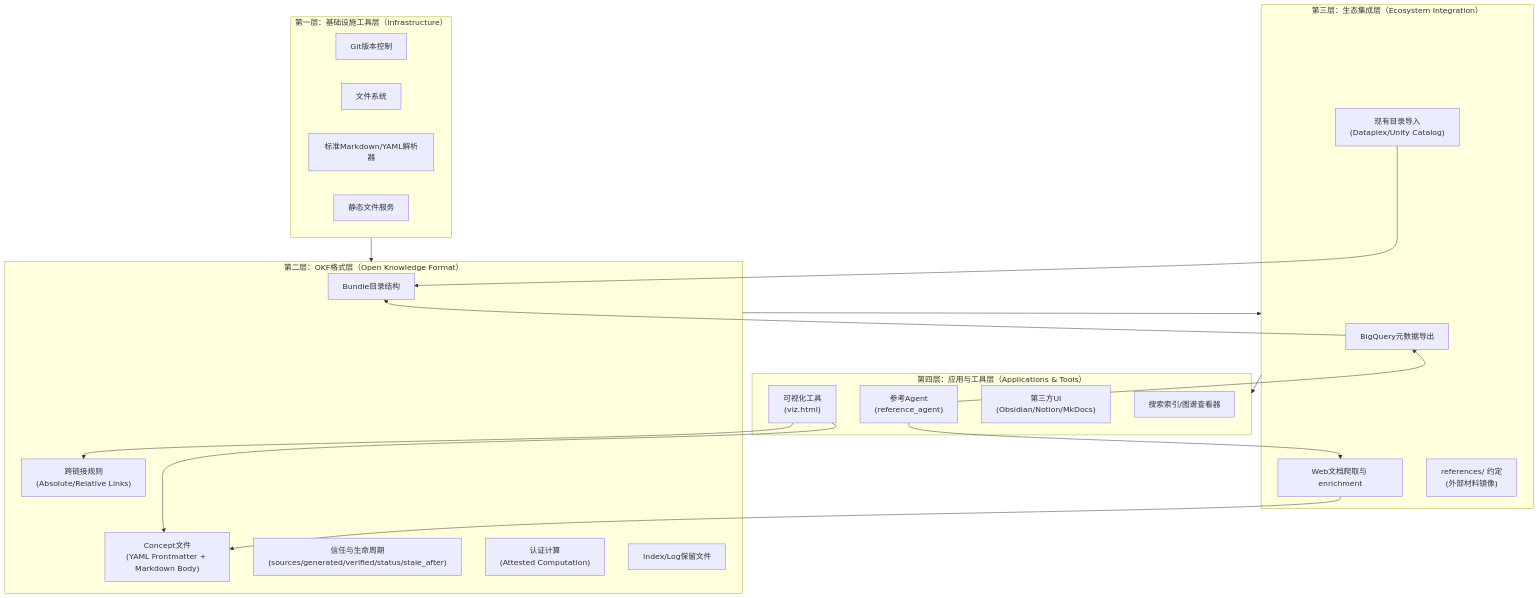
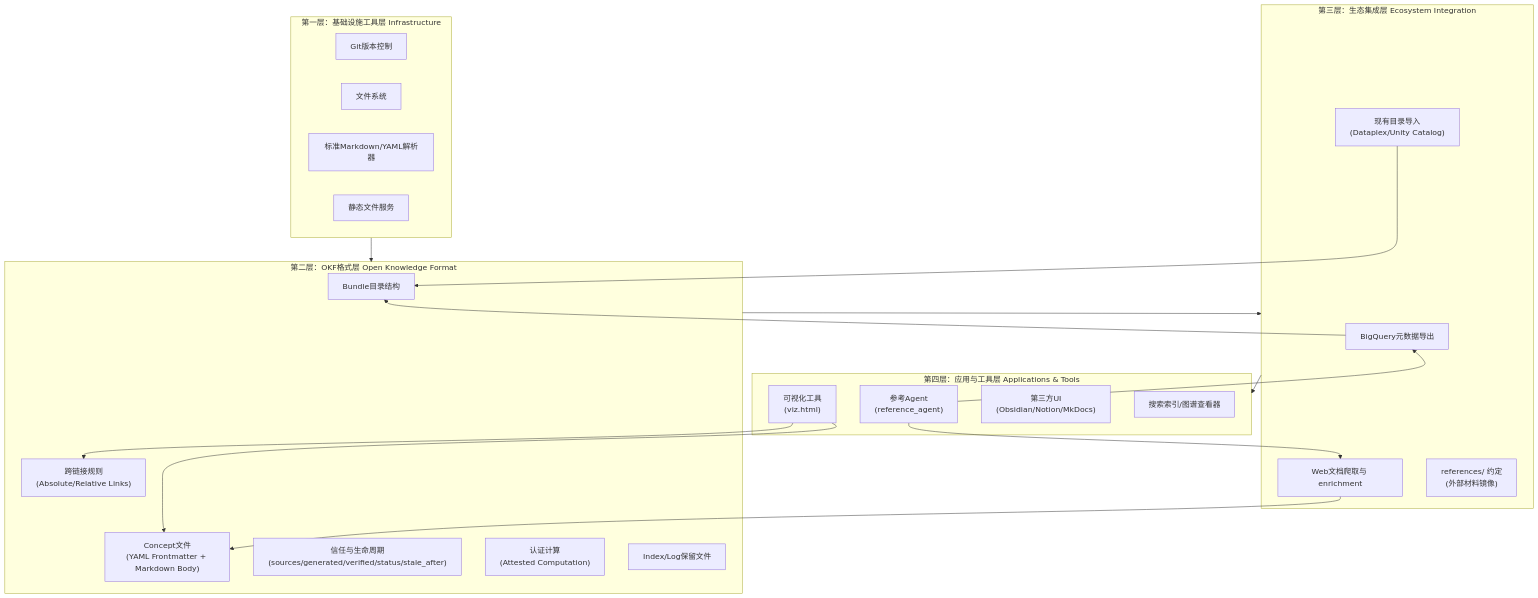
Before and after one commit to xinetzone/SpecWeave: the first of 2 diagrams in .agents/docs/knowledge/learning/01-agent-protocols-interfaces/knowledge-catalog-wiki/01-core-concepts.md, drawn with Mermaid. The commit also changed other lines of this file and 3 other files, not shown here.

First line of the commit message:
fix(mermaid): 修复knowledge-catalog-wiki中9个Mermaid图表渲染兼容性问题

````diff
--- a/.agents/docs/knowledge/learning/01-agent-protocols-interfaces/knowledge-catalog-wiki/01-core-concepts.md
+++ b/.agents/docs/knowledge/learning/01-agent-protocols-interfaces/knowledge-catalog-wiki/01-core-concepts.md
@@ -197,44 +197,44 @@
 ```mermaid
 flowchart TD
-    subgraph Layer4["第四层：应用与工具层（Applications & Tools）"]
-        A1["参考Agent\n(reference_agent)"]
-        A2["可视化工具\n(viz.html)"]
-        A3["第三方UI\n(Obsidian/Notion/MkDocs)"]
+    subgraph Layer4["第四层：应用与工具层 Applications & Tools"]
+        A1["参考Agent<br/>(reference_agent)"]
+        A2["可视化工具<br/>(viz.html)"]
+        A3["第三方UI<br/>(Obsidian/Notion/MkDocs)"]
         A4["搜索索引/图谱查看器"]
     end
 
-    subgraph Layer3["第三层：生态集成层（Ecosystem Integration）"]
+    subgraph Layer3["第三层：生态集成层 Ecosystem Integration"]
         E1["BigQuery元数据导出"]
         E2["Web文档爬取与 enrichment"]
-        E3["现有目录导入\n(Dataplex/Unity Catalog)"]
-        E4["references/ 约定\n(外部材料镜像)"]
+        E3["现有目录导入<br/>(Dataplex/Unity Catalog)"]
+        E4["references/ 约定<br/>(外部材料镜像)"]
     end
 
-    subgraph Layer2["第二层：OKF格式层（Open Knowledge Format）"]
+    subgraph Layer2["第二层：OKF格式层 Open Knowledge Format"]
         F1["Bundle目录结构"]
-        F2["Concept文件\n(YAML Frontmatter + Markdown Body)"]
-        F3["跨链接规则\n(Absolute/Relative Links)"]
-        F4["信任与生命周期\n(sources/generated/verified/status/stale_after)"]
-        F5["认证计算\n(Attested Computation)"]
+        F2["Concept文件<br/>(YAML Frontmatter + Markdown Body)"]
+        F3["跨链接规则<br/>(Absolute/Relative Links)"]
+        F4["信任与生命周期<br/>(sources/generated/verified/status/stale_after)"]
+        F5["认证计算<br/>(Attested Computation)"]
         F6["Index/Log保留文件"]
     end
 
-    subgraph Layer1["第一层：基础设施工具层（Infrastructure）"]
+    subgraph Layer1["第一层：基础设施工具层 Infrastructure"]
         I1["Git版本控制"]
         I2["文件系统"]
         I3["标准Markdown/YAML解析器"]
         I4["静态文件服务"]
     end
 
     Layer1 --> Layer2
     Layer2 --> Layer3
     Layer3 --> Layer4
 
     A1 --> E1
     A1 --> E2
     A2 --> F2
     A2 --> F3
     E1 --> F1
     E2 --> F2
     E3 --> F1
 ```
````
